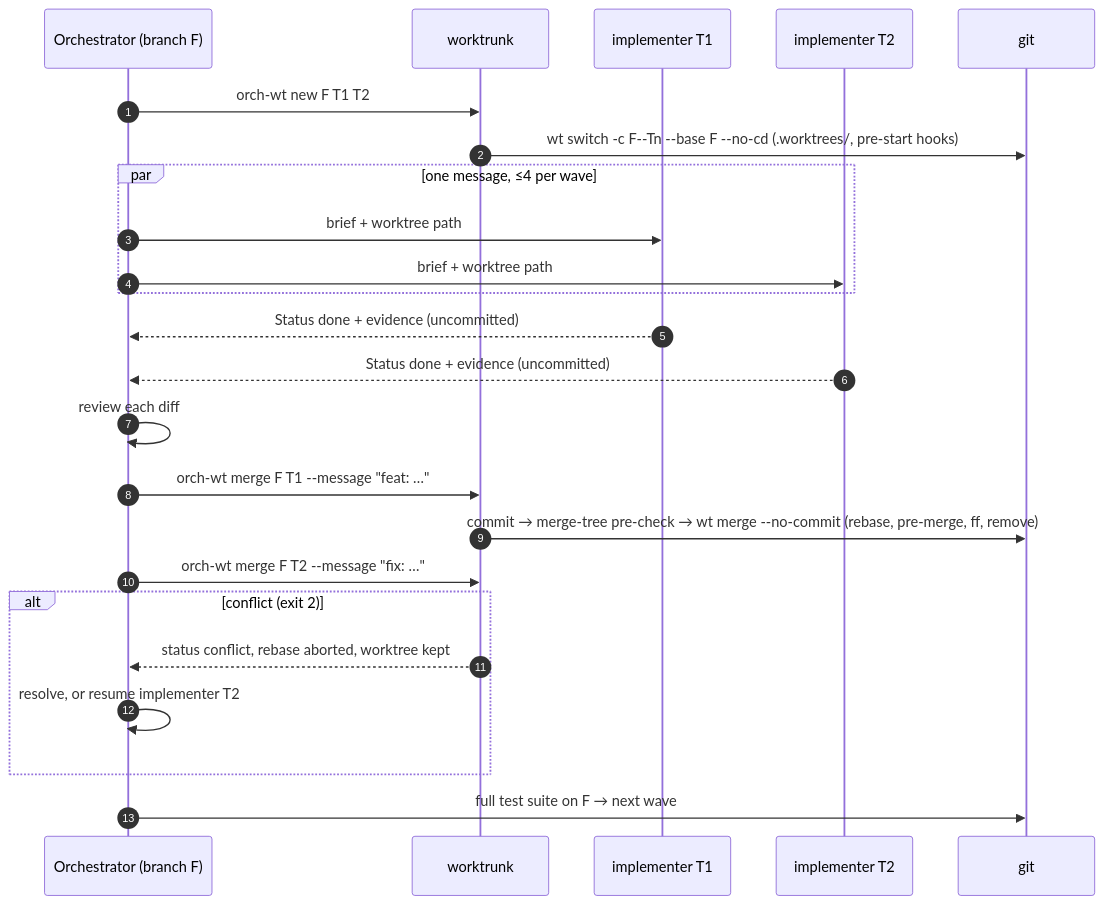
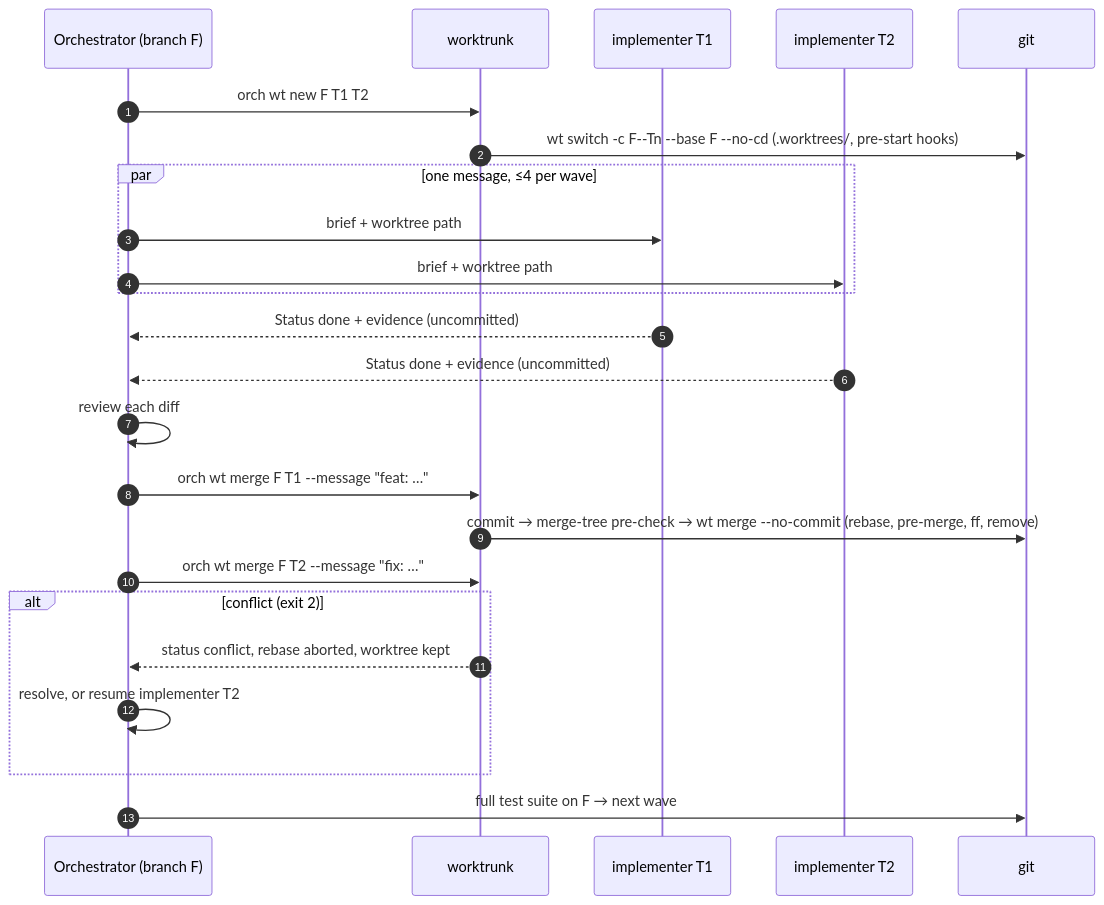
One commit to crafts69guy/orchestra changed the seventh of 9 diagrams in docs/ARCHITECTURE.md. Above: the diagram before and after it, drawn with Mermaid. The commit also changed other lines of this file and 26 other files, not shown here.

````diff
--- a/docs/ARCHITECTURE.md
+++ b/docs/ARCHITECTURE.md
@@ -218,27 +254,27 @@
 ```mermaid
 sequenceDiagram
   autonumber
   participant O as Orchestrator (branch F)
   participant WT as worktrunk
   participant I1 as implementer T1
   participant I2 as implementer T2
   participant G as git
 
-  O->>WT: orch-wt new F T1 T2
+  O->>WT: orch wt new F T1 T2
   WT->>G: wt switch -c F--Tn --base F --no-cd (.worktrees/, pre-start hooks)
   par one message, ≤4 per wave
     O->>I1: brief + worktree path
     O->>I2: brief + worktree path
   end
   I1-->>O: Status done + evidence (uncommitted)
   I2-->>O: Status done + evidence (uncommitted)
   O->>O: review each diff
-  O->>WT: orch-wt merge F T1 --message "feat: …"
+  O->>WT: orch wt merge F T1 --message "feat: …"
   WT->>G: commit → merge-tree pre-check → wt merge --no-commit (rebase, pre-merge, ff, remove)
-  O->>WT: orch-wt merge F T2 --message "fix: …"
+  O->>WT: orch wt merge F T2 --message "fix: …"
   alt conflict (exit 2)
     WT-->>O: status conflict, rebase aborted, worktree kept
     O->>O: resolve, or resume implementer T2
   end
   O->>G: full test suite on F → next wave
 ```
````
